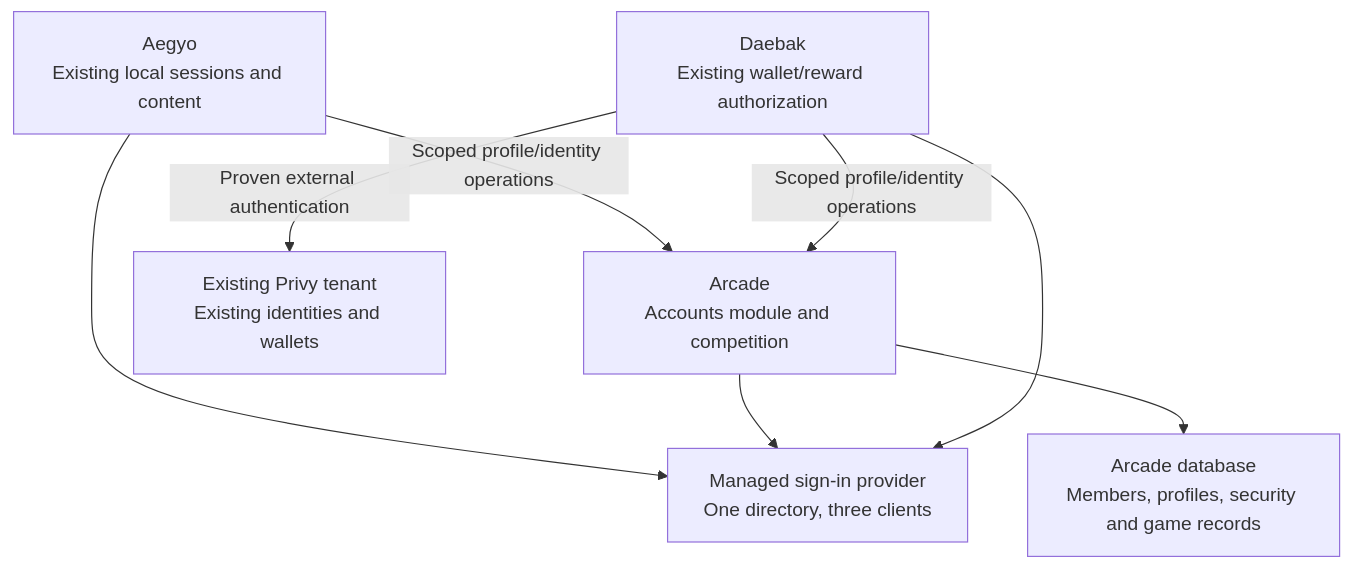
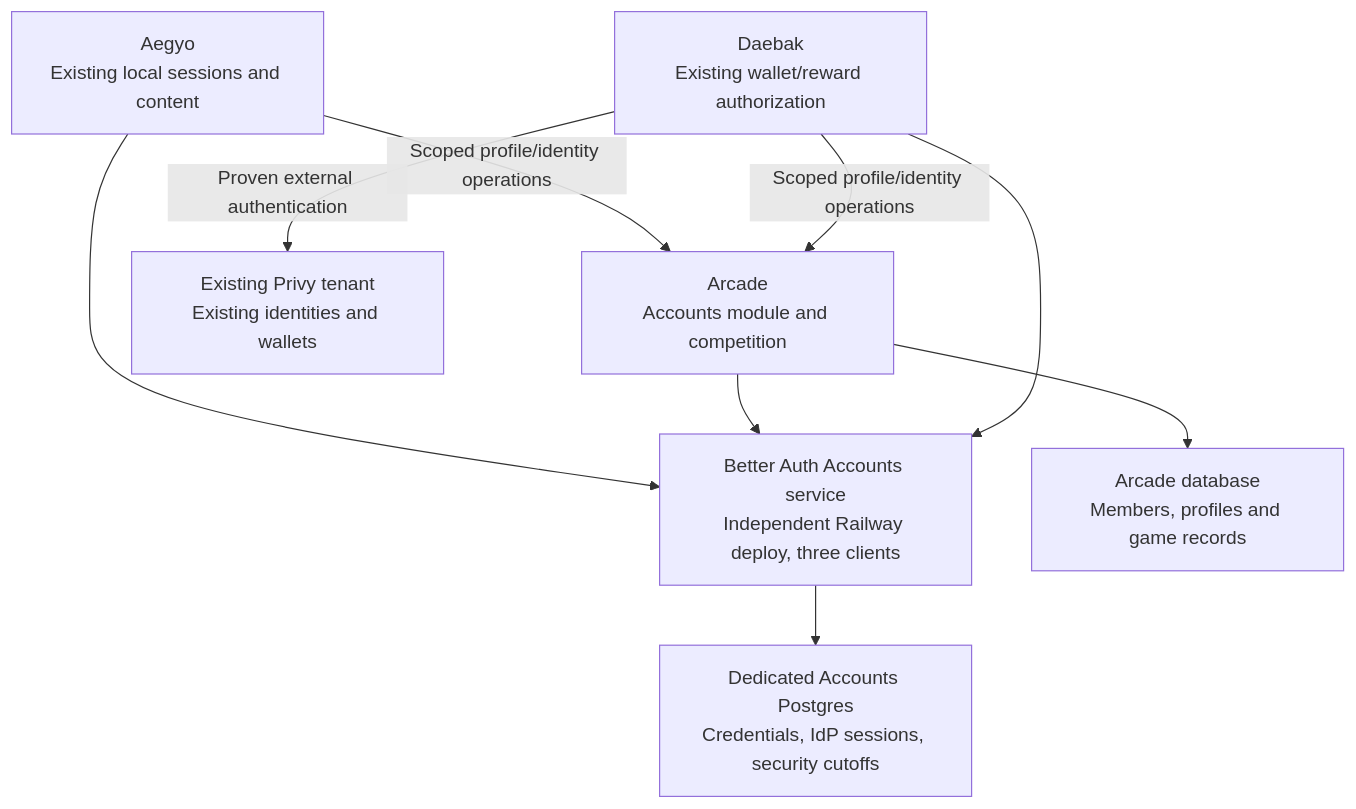
The diagram in docs/UNIFIED_ACCOUNTS_AND_ENGAGEMENT_TECH_SPEC.md (Myosin-xyz/aegyo-arcade), drawn with Mermaid before and after one commit. The commit also changed other lines of this file and 15 other files, not shown here.

Commit message:
Prove Better Auth provider behavior and revise deployment plan

````diff
--- a/docs/UNIFIED_ACCOUNTS_AND_ENGAGEMENT_TECH_SPEC.md
+++ b/docs/UNIFIED_ACCOUNTS_AND_ENGAGEMENT_TECH_SPEC.md
@@ -83,16 +77,18 @@
 ```mermaid
 flowchart TB
-  IdP["Managed sign-in provider\nOne directory, three clients"]
+  IdP["Better Auth Accounts service\nIndependent Railway deploy, three clients"]
+  IDB["Dedicated Accounts Postgres\nCredentials, IdP sessions, security cutoffs"]
+  IdP --> IDB
   Main["Aegyo\nExisting local sessions and content"]
   Arcade["Arcade\nAccounts module and competition"]
   Markets["Daebak\nExisting wallet/reward authorization"]
-  DB["Arcade database\nMembers, profiles, security and game records"]
+  DB["Arcade database\nMembers, profiles and game records"]
   Privy["Existing Privy tenant\nExisting identities and wallets"]
   Main --> IdP
   Arcade --> IdP
   Markets --> IdP
   Arcade --> DB
   Main -->|"Scoped profile/identity operations"| Arcade
   Markets -->|"Scoped profile/identity operations"| Arcade
   Markets -->|"Proven external authentication"| Privy
 ```
````
